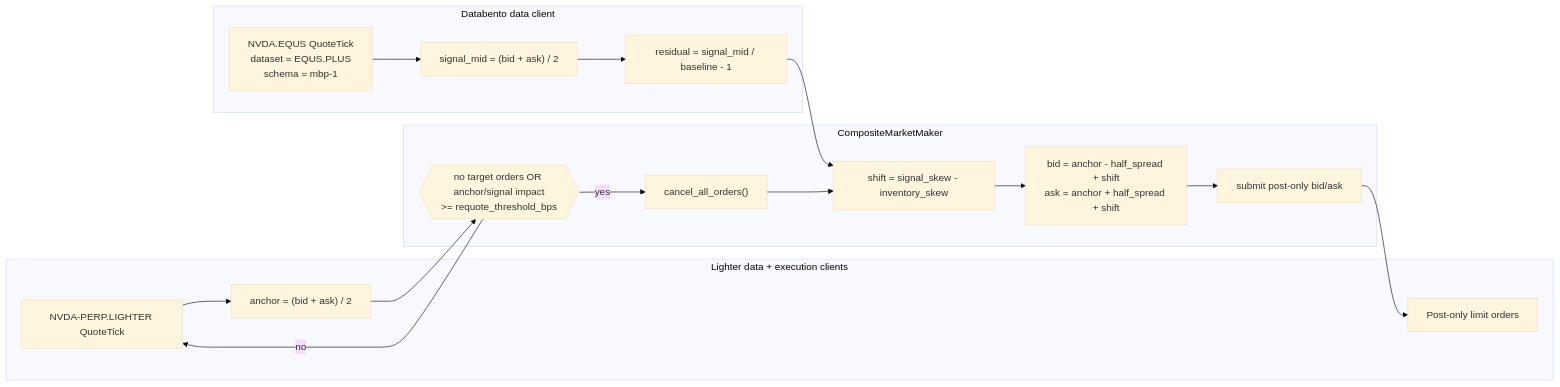
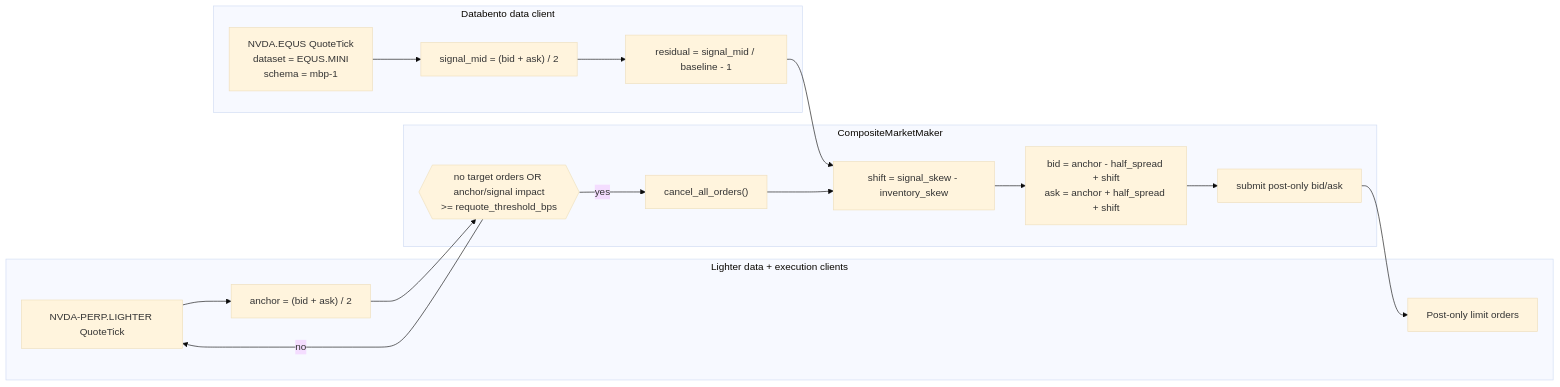
One commit to nautechsystems/nautilus_trader changed the diagram in docs/tutorials/lighter_rwa_composite_mm.md. Above: the diagram before and after it, drawn with Mermaid (base theme). The commit also changed other lines of this file and 11 other files, not shown here.

````diff
--- a/docs/tutorials/lighter_rwa_composite_mm.md
+++ b/docs/tutorials/lighter_rwa_composite_mm.md
@@ -37,27 +37,27 @@
 ```mermaid
 flowchart LR
     subgraph Databento ["Databento data client"]
-        DQ["NVDA.EQUS QuoteTick<br/>dataset = EQUS.PLUS<br/>schema = mbp-1"]
+        DQ["NVDA.EQUS QuoteTick<br/>dataset = EQUS.MINI<br/>schema = mbp-1"]
         DS["signal_mid = (bid + ask) / 2"]
         DR["residual = signal_mid / baseline - 1"]
     end
 
     subgraph Lighter ["Lighter data + execution clients"]
         LQ["NVDA-PERP.LIGHTER QuoteTick"]
         LM["anchor = (bid + ask) / 2"]
         EX["Post-only limit orders"]
     end
 
     subgraph Strategy ["CompositeMarketMaker"]
         TH{{"no target orders OR anchor/signal impact<br/>>= requote_threshold_bps"}}
         CA["cancel_all_orders()"]
         SK["shift = signal_skew - inventory_skew"]
         QU["bid = anchor - half_spread + shift<br/>ask = anchor + half_spread + shift"]
         PO["submit post-only bid/ask"]
     end
 
     DQ --> DS --> DR --> SK
     LQ --> LM --> TH
     TH -->|yes| CA --> SK --> QU --> PO --> EX
     TH -->|no| LQ
 ```
````
